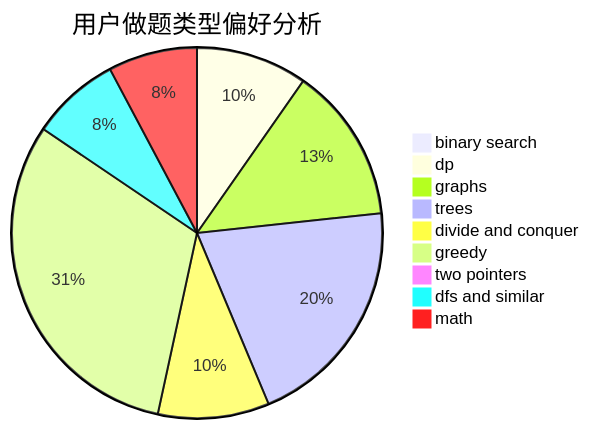
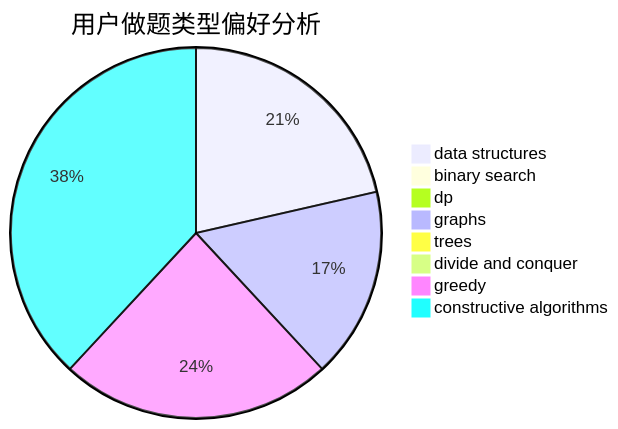
Before and after one commit to sherpahu/cfrs.github.io: the second of 3 diagrams in docs/user/u2098.md, drawn with Mermaid. The commit also changed other lines of this file and 2775 other files, not shown here.

````diff
--- a/docs/user/u2098.md
+++ b/docs/user/u2098.md
@@ -23,12 +23,11 @@
 ```mermaid
 pie title 用户做题类型偏好分析
-    "binary search" :  1
-    "dp" :  10
+    "data structures" :  18
+    "binary search" :  0
+    "dp" :  0
     "graphs" :  14
-    "trees" :  21
-    "divide and conquer" :  10
-    "greedy" :  32
-    "two pointers" :  0
-    "dfs and similar" :  8
-    "math" :  8
+    "trees" :  0
+    "divide and conquer" :  0
+    "greedy" :  20
+    "constructive algorithms" :  32
 ```
````
